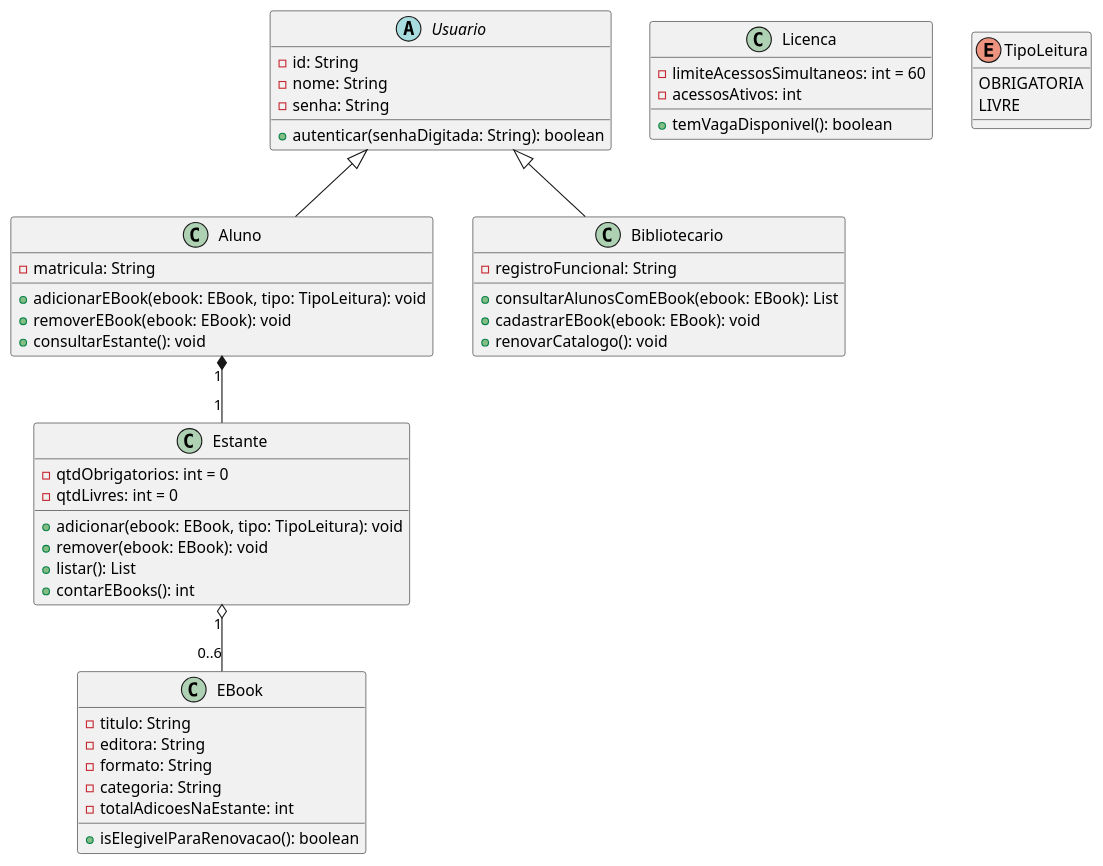
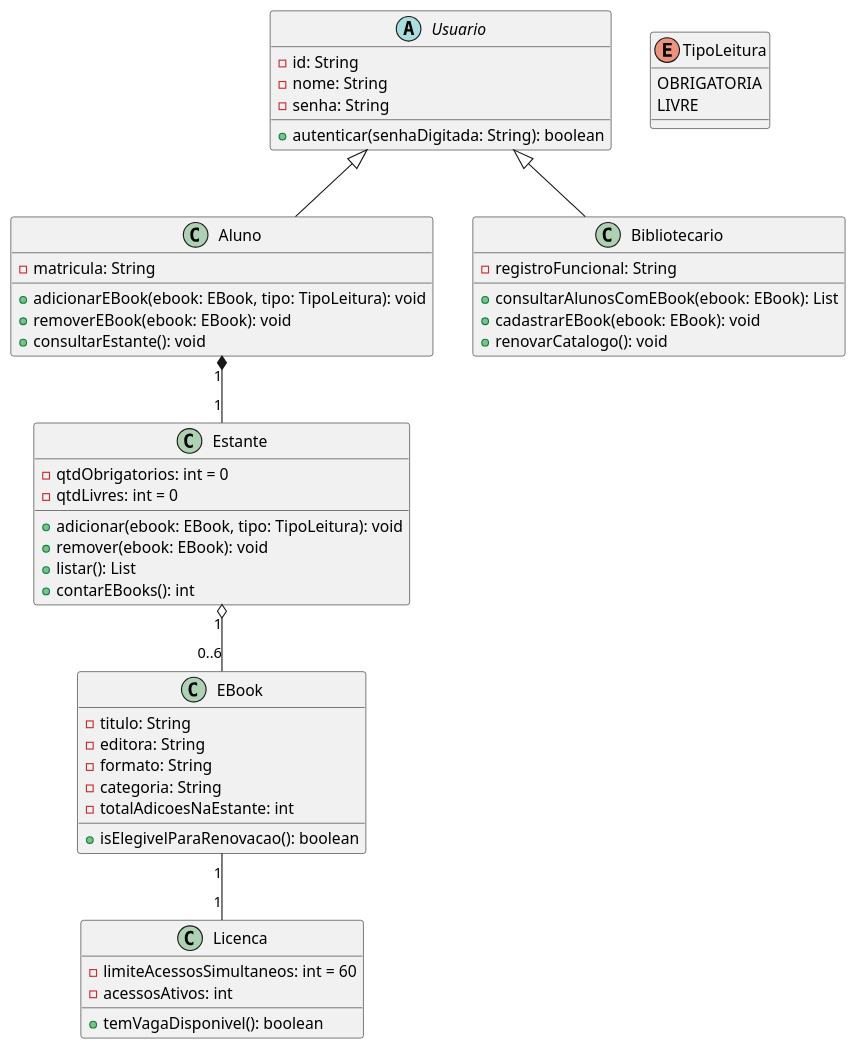
One commit to najarhenrique/lab01-ebooks-biblioteca changed the diagram in docs/diagramas/diagrama-de-classes.puml. Above: the diagram before and after it, drawn with PlantUML.

Commit message:
Update class diagram with relationships and associations
Alteração no diagrama de classes para adequar aos requisitos do professor

```diff
--- a/docs/diagramas/diagrama-de-classes.puml
+++ b/docs/diagramas/diagrama-de-classes.puml
@@ -1,59 +1,66 @@
 @startuml diagrama_de_classes_ebooks
 
 abstract class Usuario {
   - id: String
   - nome: String
   - senha: String
   + autenticar(senhaDigitada: String): boolean
 }
 
 class Aluno {
   - matricula: String
   + adicionarEBook(ebook: EBook, tipo: TipoLeitura): void
   + removerEBook(ebook: EBook): void
   + consultarEstante(): void
 }
 
 class Bibliotecario {
   - registroFuncional: String
   + consultarAlunosComEBook(ebook: EBook): List
   + cadastrarEBook(ebook: EBook): void
   + renovarCatalogo(): void
 }
 
 class EBook {
   - titulo: String
   - editora: String
   - formato: String
   - categoria: String
   - totalAdicoesNaEstante: int
   + isElegivelParaRenovacao(): boolean
 }
 
 class Licenca {
   - limiteAcessosSimultaneos: int = 60
   - acessosAtivos: int
   + temVagaDisponivel(): boolean
 }
 
 class Estante {
   - qtdObrigatorios: int = 0
   - qtdLivres: int = 0
   + adicionar(ebook: EBook, tipo: TipoLeitura): void
   + remover(ebook: EBook): void
   + listar(): List
   + contarEBooks(): int
 }
 
 enum TipoLeitura {
   OBRIGATORIA
   LIVRE
 }
 
+' Herança: Usuario é generalizado por Aluno e Bibliotecario
 Usuario <|-- Aluno
 Usuario <|-- Bibliotecario
 
-Estante "1" o-- "0..6" EBook
+' Composição: Aluno compõe uma Estante
 Aluno "1" *-- "1" Estante
 
+' Agregação: Estante agrega entre 0 e 6 EBooks
+Estante "1" o-- "0..6" EBook
+
+' Associação: EBook está associado a uma Licenca
+EBook "1" -- "1" Licenca
+
 @enduml
```
